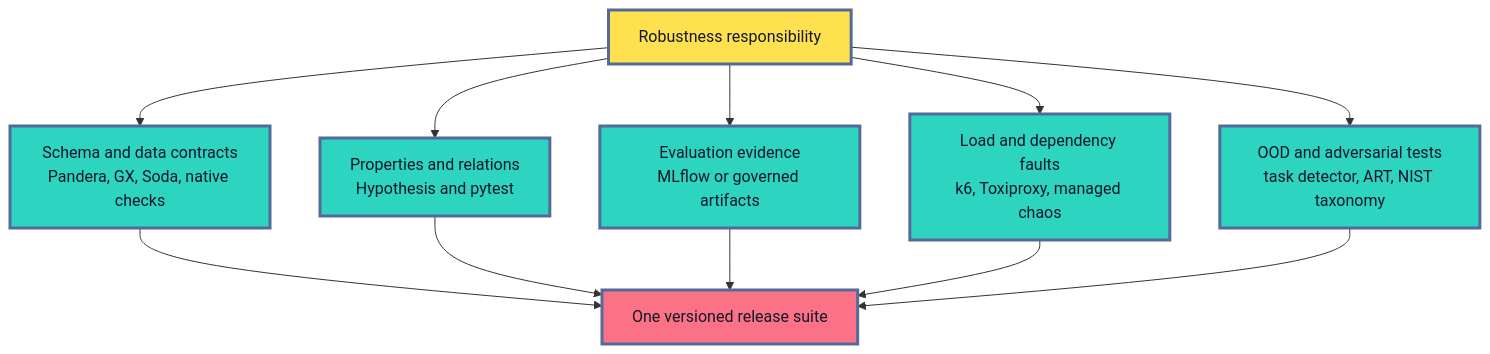
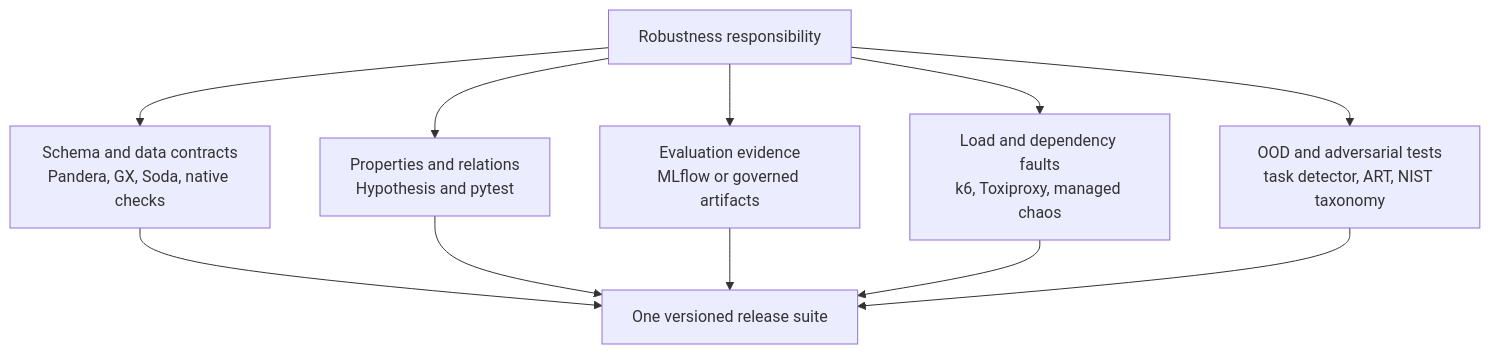
Before and after one commit to senlinyy/dev-roadmaps: the tenth of 12 diagrams in roadmaps/mlops/modules/model-evaluation/production-readiness/03-robustness-testing-before-release.md, drawn with Mermaid. The commit also changed other lines of this file and 152 other files, not shown here.

Commit message:
feat: mlops and diagrams updated

````diff
--- a/roadmaps/mlops/modules/model-evaluation/production-readiness/03-robustness-testing-before-release.md
+++ b/roadmaps/mlops/modules/model-evaluation/production-readiness/03-robustness-testing-before-release.md
@@ -704,20 +669,17 @@
 ```mermaid
 flowchart TD
     A["Robustness responsibility"] --> B["Schema and data contracts<br/>Pandera, GX, Soda, native checks"]
     A --> C["Properties and relations<br/>Hypothesis and pytest"]
     A --> D["Evaluation evidence<br/>MLflow or governed artifacts"]
     A --> E["Load and dependency faults<br/>k6, Toxiproxy, managed chaos"]
     A --> F["OOD and adversarial tests<br/>task detector, ART, NIST taxonomy"]
     B --> G["One versioned release suite"]
     C --> G
     D --> G
     E --> G
     F --> G
 
-    classDef responsibility fill:#FFE04F,stroke:#536A9A,stroke-width:3px,color:#111827
-    classDef tool fill:#2DD4BF,stroke:#536A9A,stroke-width:3px,color:#0F172A
-    classDef suite fill:#FB7185,stroke:#536A9A,stroke-width:3px,color:#111827
     class A responsibility
     class B,C,D,E,F tool
     class G suite
 ```
````
